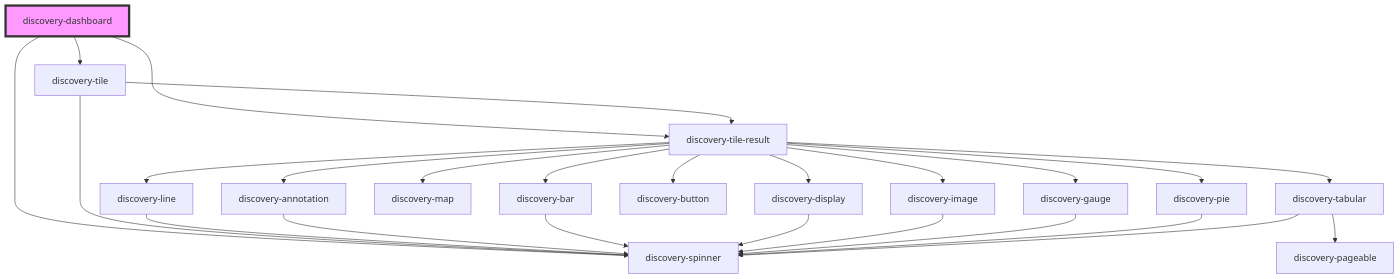
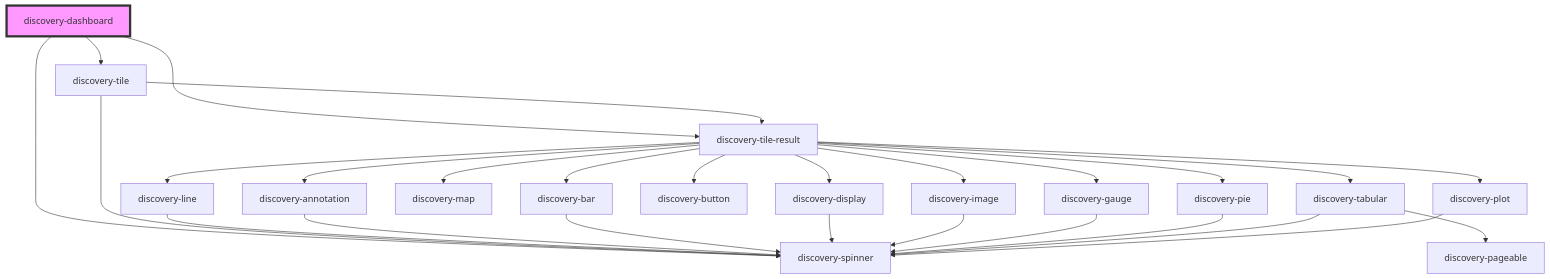
The diagram in src/components/discovery-dashboard/readme.md (senx/discovery-widgets), drawn with Mermaid before and after one commit. The commit also changed 17 other files, not shown here.

````diff
--- a/src/components/discovery-dashboard/readme.md
+++ b/src/components/discovery-dashboard/readme.md
@@ -38,28 +38,30 @@
 ```mermaid
 graph TD;
   discovery-dashboard --> discovery-tile
   discovery-dashboard --> discovery-tile-result
   discovery-dashboard --> discovery-spinner
   discovery-tile --> discovery-tile-result
   discovery-tile --> discovery-spinner
   discovery-tile-result --> discovery-line
   discovery-tile-result --> discovery-annotation
   discovery-tile-result --> discovery-bar
   discovery-tile-result --> discovery-display
   discovery-tile-result --> discovery-map
   discovery-tile-result --> discovery-image
   discovery-tile-result --> discovery-button
   discovery-tile-result --> discovery-gauge
   discovery-tile-result --> discovery-pie
   discovery-tile-result --> discovery-tabular
+  discovery-tile-result --> discovery-plot
   discovery-line --> discovery-spinner
   discovery-annotation --> discovery-spinner
   discovery-bar --> discovery-spinner
   discovery-display --> discovery-spinner
   discovery-image --> discovery-spinner
   discovery-gauge --> discovery-spinner
   discovery-pie --> discovery-spinner
   discovery-tabular --> discovery-spinner
   discovery-tabular --> discovery-pageable
+  discovery-plot --> discovery-spinner
   style discovery-dashboard fill:#f9f,stroke:#333,stroke-width:4px
 ```
````
